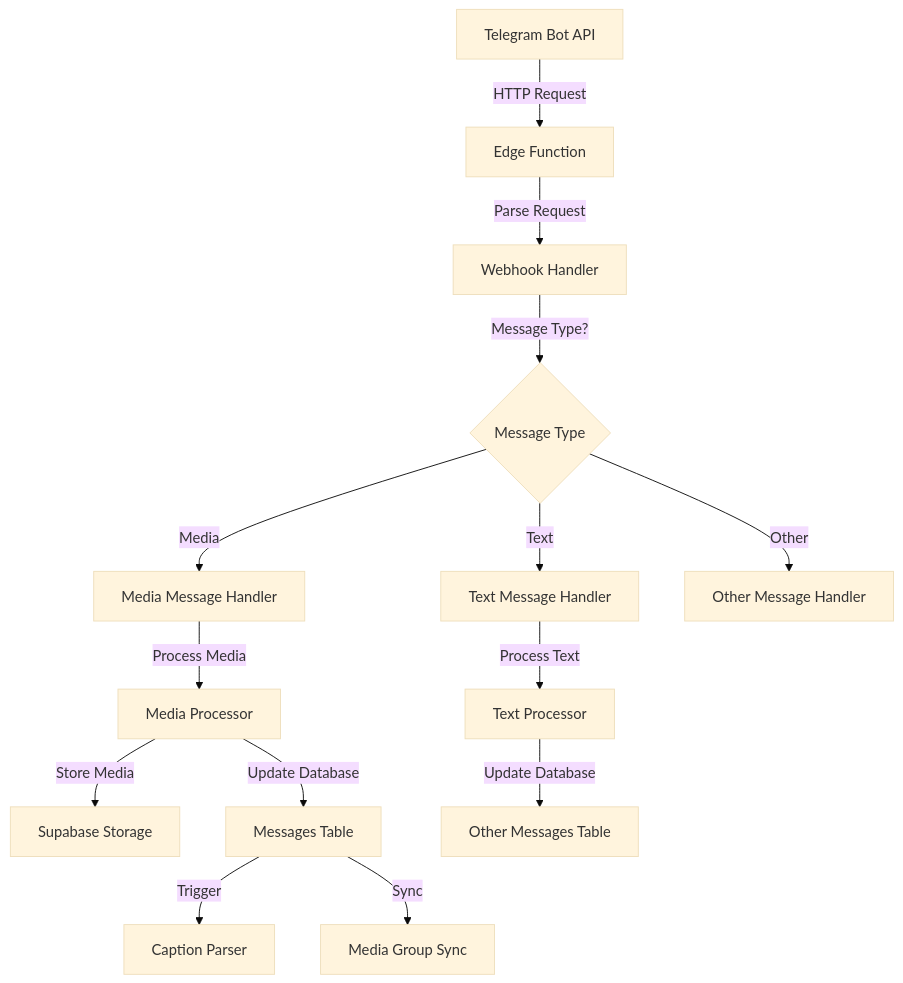
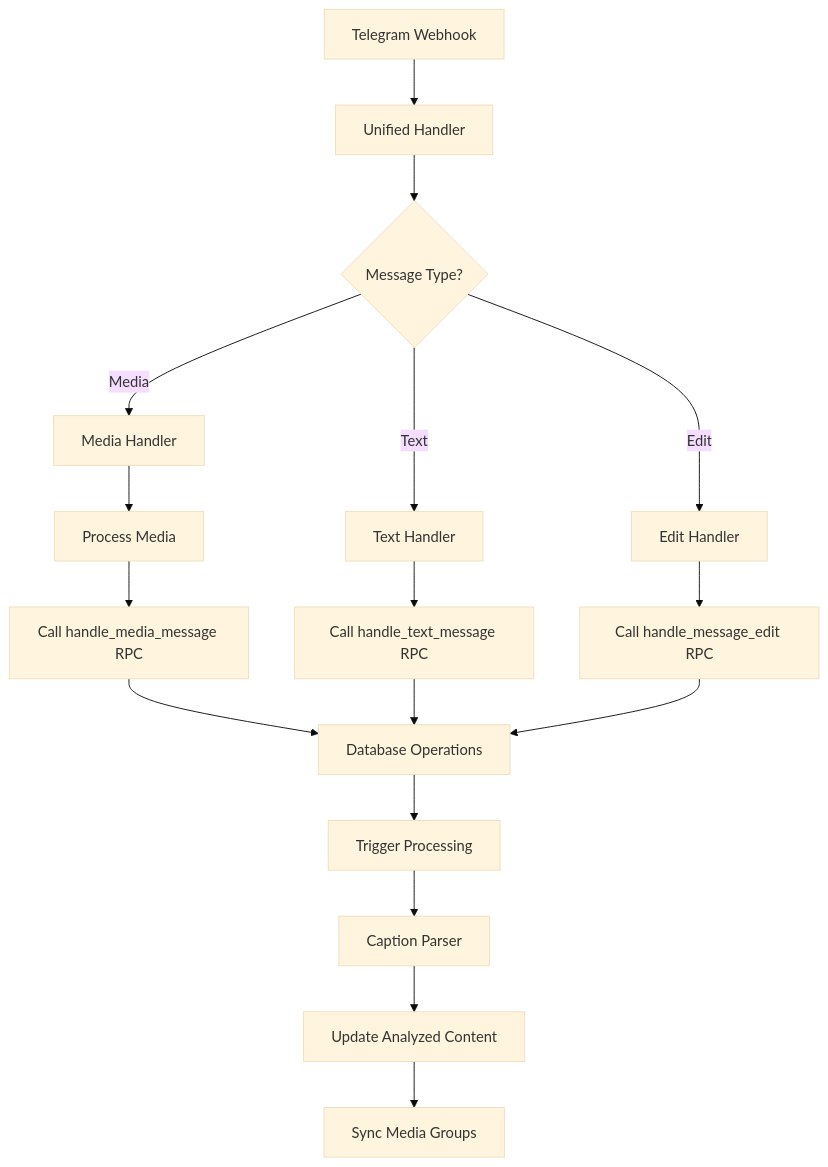
The first of 6 diagrams in docs/telegram-webhook-flow.md (cmtkdot/xdelo-app), drawn with Mermaid (base theme) before and after one commit. The commit also changed other lines of this file and 331 other files, not shown here.

````diff
--- a/docs/telegram-webhook-flow.md
+++ b/docs/telegram-webhook-flow.md
@@ -17,16 +5,23 @@
 ```mermaid
-graph TD
-    A[Telegram Bot API] -->|HTTP Request| B[Edge Function]
-    B -->|Parse Request| C[Webhook Handler]
-    C -->|Message Type?| D{Message Type}
-    D -->|Media| E[Media Message Handler]
-    D -->|Text| F[Text Message Handler]
-    D -->|Other| G[Other Message Handler]
-    E -->|Process Media| H[Media Processor]
-    H -->|Store Media| I[Supabase Storage]
-    H -->|Update Database| J[Messages Table]
-    F -->|Process Text| K[Text Processor]
-    K -->|Update Database| L[Other Messages Table]
-    J -->|Trigger| M[Caption Parser]
-    J -->|Sync| N[Media Group Sync]
+flowchart TD
+    A[Telegram Webhook] --> B[Unified Handler]
+    B --> C{Message Type?}
+    C -->|Media| D[Media Handler]
+    C -->|Text| E[Text Handler]
+    C -->|Edit| F[Edit Handler]
+
+    D --> G[Process Media]
+    G --> H[Call handle_media_message RPC]
+    H --> I[Database Operations]
+
+    E --> J[Call handle_text_message RPC]
+    J --> I
+
+    F --> K[Call handle_message_edit RPC]
+    K --> I
+
+    I --> L[Trigger Processing]
+    L --> M[Caption Parser]
+    M --> N[Update Analyzed Content]
+    N --> O[Sync Media Groups]
 ```
````
